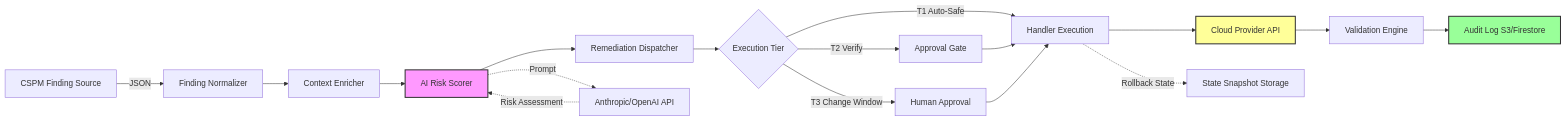
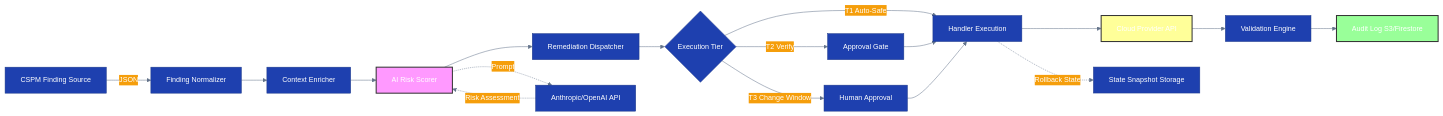
Before and after one commit to lvonguyen/cloudforge: the diagram in docs/threat-models/remediation-and-ai-pipeline.md, drawn with Mermaid. The commit also changed 11 other files, not shown here.

First line of the commit message:
docs: add Mermaid theme init blocks + fix remaining Aegis display-names

````diff
--- a/docs/threat-models/remediation-and-ai-pipeline.md
+++ b/docs/threat-models/remediation-and-ai-pipeline.md
@@ -29,24 +29,26 @@
 ```mermaid
+%%{init: {'theme': 'base', 'themeVariables': {'fontFamily': 'Inter, system-ui, sans-serif', 'fontSize': '14px', 'primaryColor': '#1e40af', 'primaryTextColor': '#fff', 'primaryBorderColor': '#1e3a8a', 'lineColor': '#64748b', 'secondaryColor': '#f59e0b', 'tertiaryColor': '#22c55e'}}}%%
+
 graph LR
     A[CSPM Finding Source] -->|JSON| B[Finding Normalizer]
     B --> C[Context Enricher]
     C --> D[AI Risk Scorer]
     D --> E[Remediation Dispatcher]
     E --> F{Execution Tier}
     F -->|T1 Auto-Safe| G[Handler Execution]
     F -->|T2 Verify| H[Approval Gate]
     F -->|T3 Change Window| I[Human Approval]
     H --> G
     I --> G
     G --> J[Cloud Provider API]
     J --> K[Validation Engine]
     K --> L[Audit Log S3/Firestore]
     G -.->|Rollback State| M[State Snapshot Storage]
 
     D -.->|Prompt| N[Anthropic/OpenAI API]
     N -.->|Risk Assessment| D
 
     style D fill:#f9f,stroke:#333,stroke-width:2px
     style J fill:#ff9,stroke:#333,stroke-width:2px
     style L fill:#9f9,stroke:#333,stroke-width:2px
 ```
````
